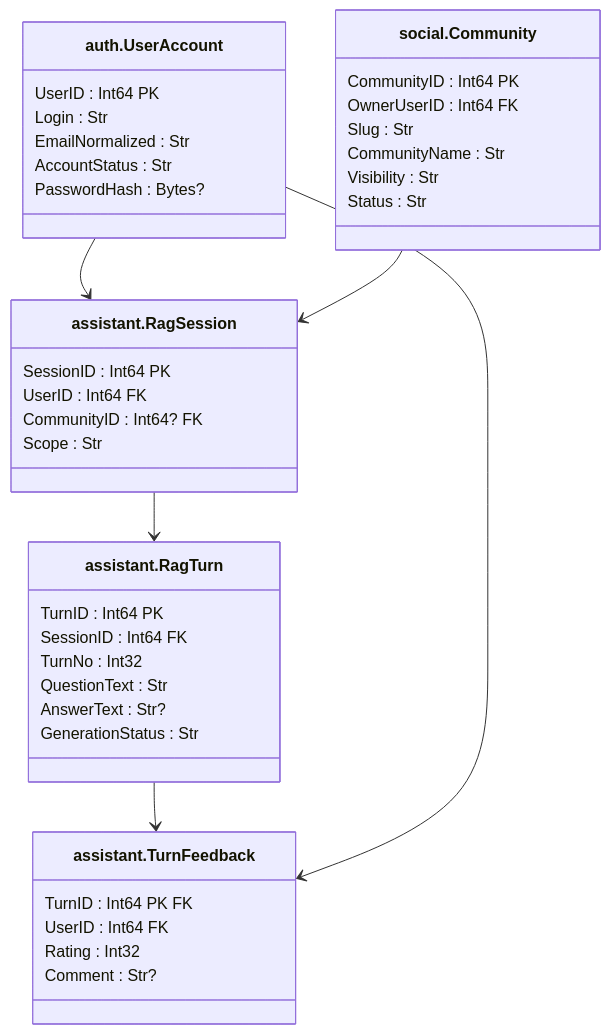
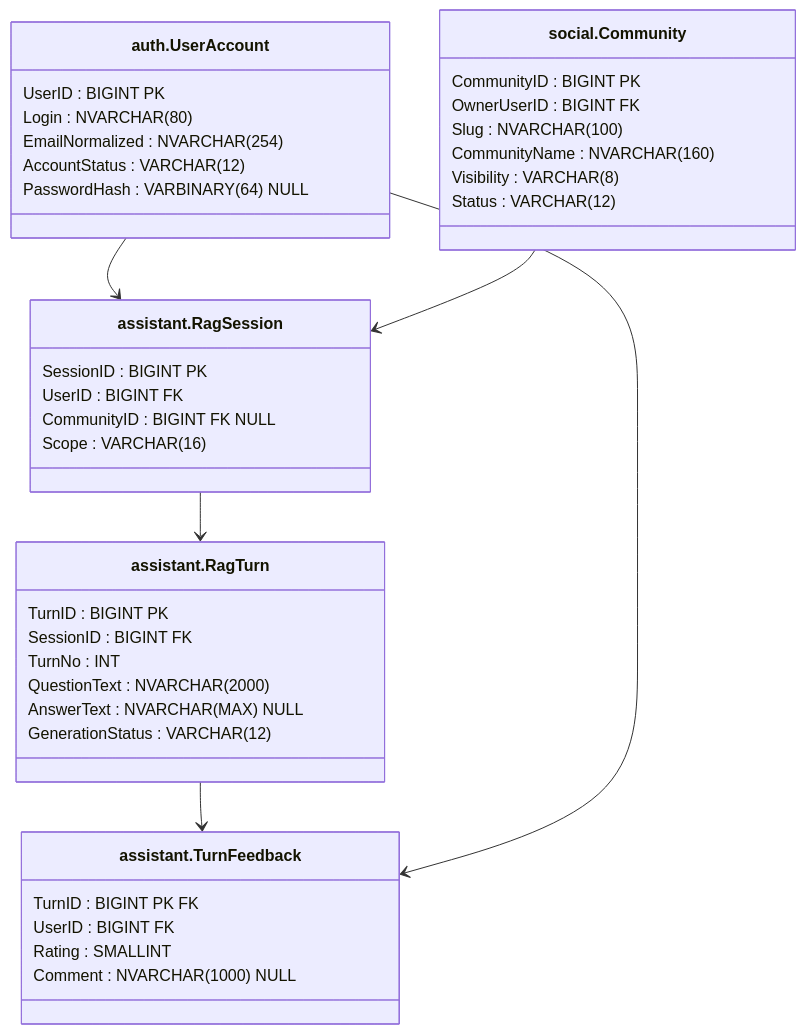
Diagram 11 of 15 in 03SQL-CourseWork/architecture/database-model.md (lkeey/BIVT-labs), drawn with Mermaid before and after one commit. The commit also changed other lines of this file, not shown here.

Commit message:
docs(coursework): use exact T-SQL types in database diagrams

```diff
--- a/03SQL-CourseWork/architecture/database-model.md
+++ b/03SQL-CourseWork/architecture/database-model.md
@@ -429,44 +429,44 @@
 ~~~mermaid
 classDiagram
     direction TB
     class U["auth.UserAccount"] {
-        UserID : Int64 PK
-        Login : Str
-        EmailNormalized : Str
-        AccountStatus : Str
-        PasswordHash : Bytes?
+        UserID : BIGINT PK
+        Login : NVARCHAR#40;80#41;
+        EmailNormalized : NVARCHAR#40;254#41;
+        AccountStatus : VARCHAR#40;12#41;
+        PasswordHash : VARBINARY#40;64#41; NULL
     }
     class C["social.Community"] {
-        CommunityID : Int64 PK
-        OwnerUserID : Int64 FK
-        Slug : Str
-        CommunityName : Str
-        Visibility : Str
-        Status : Str
+        CommunityID : BIGINT PK
+        OwnerUserID : BIGINT FK
+        Slug : NVARCHAR#40;100#41;
+        CommunityName : NVARCHAR#40;160#41;
+        Visibility : VARCHAR#40;8#41;
+        Status : VARCHAR#40;12#41;
     }
     class S["assistant.RagSession"] {
-        SessionID : Int64 PK
-        UserID : Int64 FK
-        CommunityID : Int64? FK
-        Scope : Str
+        SessionID : BIGINT PK
+        UserID : BIGINT FK
+        CommunityID : BIGINT FK NULL
+        Scope : VARCHAR#40;16#41;
     }
     class T["assistant.RagTurn"] {
-        TurnID : Int64 PK
-        SessionID : Int64 FK
-        TurnNo : Int32
-        QuestionText : Str
-        AnswerText : Str?
-        GenerationStatus : Str
+        TurnID : BIGINT PK
+        SessionID : BIGINT FK
+        TurnNo : INT
+        QuestionText : NVARCHAR#40;2000#41;
+        AnswerText : NVARCHAR#40;MAX#41; NULL
+        GenerationStatus : VARCHAR#40;12#41;
     }
     class F["assistant.TurnFeedback"] {
-        TurnID : Int64 PK FK
-        UserID : Int64 FK
-        Rating : Int32
-        Comment : Str?
+        TurnID : BIGINT PK FK
+        UserID : BIGINT FK
+        Rating : SMALLINT
+        Comment : NVARCHAR#40;1000#41; NULL
     }
     U --> S
     C --> S
     S --> T
     T --> F
     U --> F
 ~~~
```
